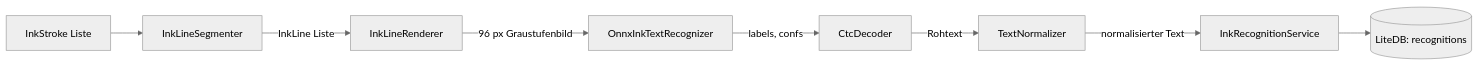
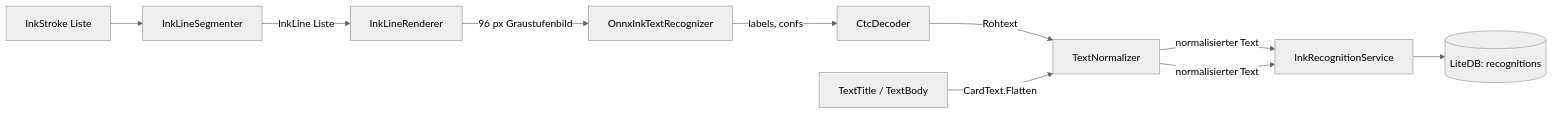
One commit to Agredo/Penban changed the diagram in docs/texterkennung.md. Above: the diagram before and after it, drawn with Mermaid (neutral theme). The commit also changed other lines of this file and 3 other files, not shown here.

````diff
--- a/docs/texterkennung.md
+++ b/docs/texterkennung.md
@@ -23,10 +29,12 @@
 ```mermaid
 flowchart LR
   A[InkStroke Liste] --> B[InkLineSegmenter]
   B -->|InkLine Liste| C[InkLineRenderer]
   C -->|96 px Graustufenbild| D[OnnxInkTextRecognizer]
   D -->|labels, confs| E[CtcDecoder]
   E -->|Rohtext| F[TextNormalizer]
   F -->|normalisierter Text| G[InkRecognitionService]
+  T[TextTitle / TextBody] -->|CardText.Flatten| F
+  F -->|normalisierter Text| G
   G --> H[(LiteDB: recognitions)]
 ```
````
